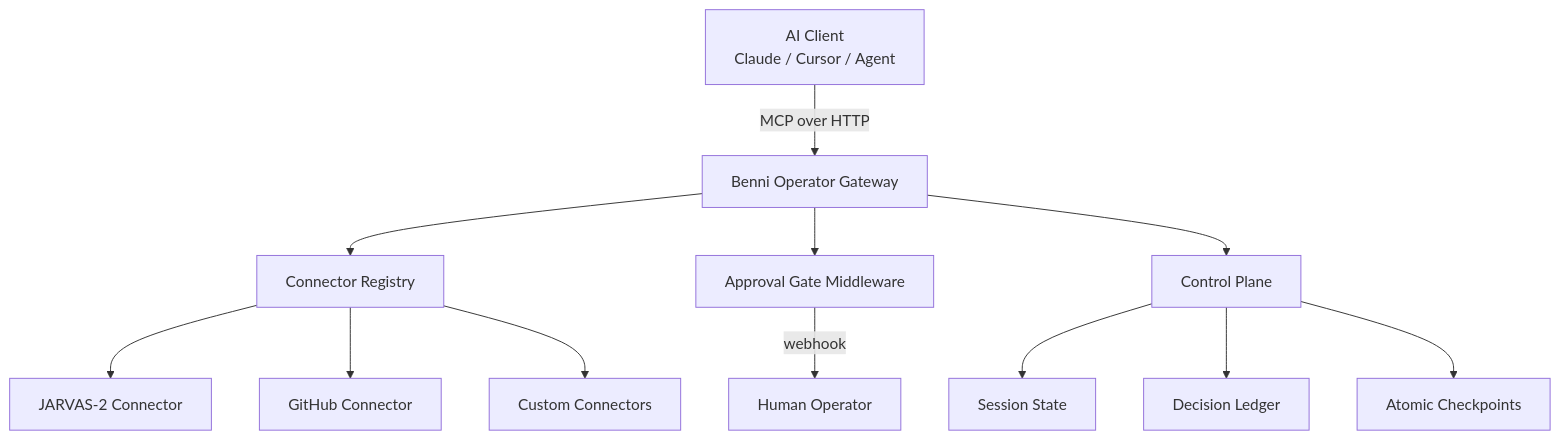
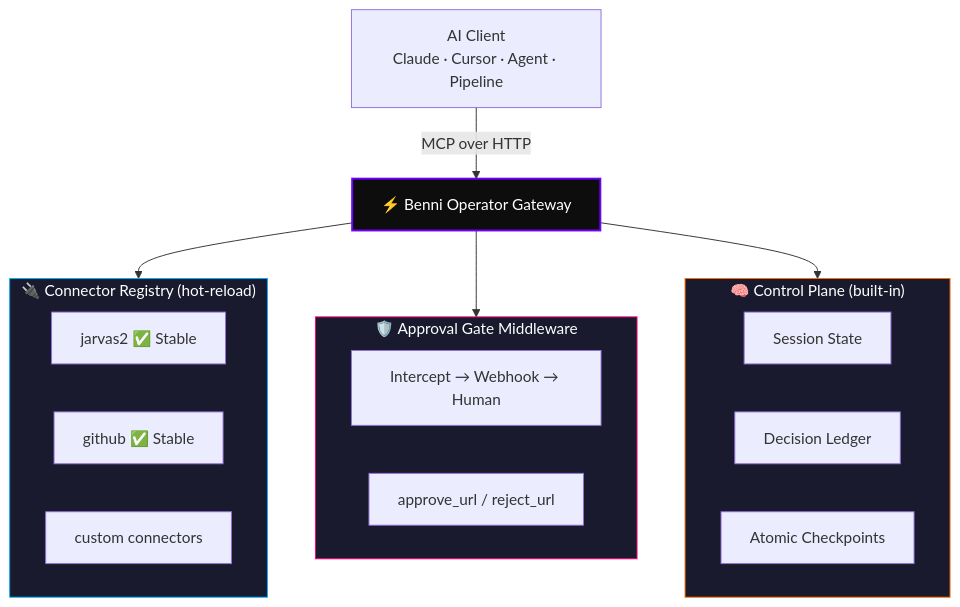
Before and after one commit to benni-os/benni-operator-gateway: the diagram in README.md, drawn with Mermaid. The commit also changed other lines of this file, not shown here.

Commit message:
docs: rebrand README to Benni OS aesthetic — capsule-render, typing SVG, for-the-badge, doctrine table

````diff
--- a/README.md
+++ b/README.md
@@ -64,14 +61,30 @@
 ```mermaid
 graph TD
-    A[AI Client\nClaude / Cursor / Agent] -->|MCP over HTTP| B[Benni Operator Gateway]
-    B --> C[Connector Registry]
-    C --> D[JARVAS-2 Connector]
-    C --> E[GitHub Connector]
-    C --> F[Custom Connectors]
-    B --> G[Approval Gate Middleware]
-    G -->|webhook| H[Human Operator]
-    B --> I[Control Plane]
-    I --> J[Session State]
-    I --> K[Decision Ledger]
-    I --> L[Atomic Checkpoints]
+    style GW fill:#0D0D0D,color:#fff,stroke:#7000FF,stroke-width:2px
+    style CR fill:#1a1a2e,color:#fff,stroke:#00B0FF,stroke-width:1px
+    style AG fill:#1a1a2e,color:#fff,stroke:#FF007A,stroke-width:1px
+    style CP fill:#1a1a2e,color:#fff,stroke:#FF6D00,stroke-width:1px
+
+    A["AI Client\nClaude · Cursor · Agent · Pipeline"] -->|MCP over HTTP| GW["⚡ Benni Operator Gateway"]
+
+    subgraph CR ["🔌 Connector Registry (hot-reload)"]
+        D["jarvas2 ✅ Stable"]
+        E["github ✅ Stable"]
+        F["custom connectors"]
+    end
+
+    subgraph AG ["🛡️ Approval Gate Middleware"]
+        G["Intercept → Webhook → Human"]
+        H["approve_url / reject_url"]
+    end
+
+    subgraph CP ["🧠 Control Plane (built-in)"]
+        J["Session State"]
+        K["Decision Ledger"]
+        L["Atomic Checkpoints"]
+    end
+
+    GW --> CR
+    GW --> AG
+    GW --> CP
 ```
````
